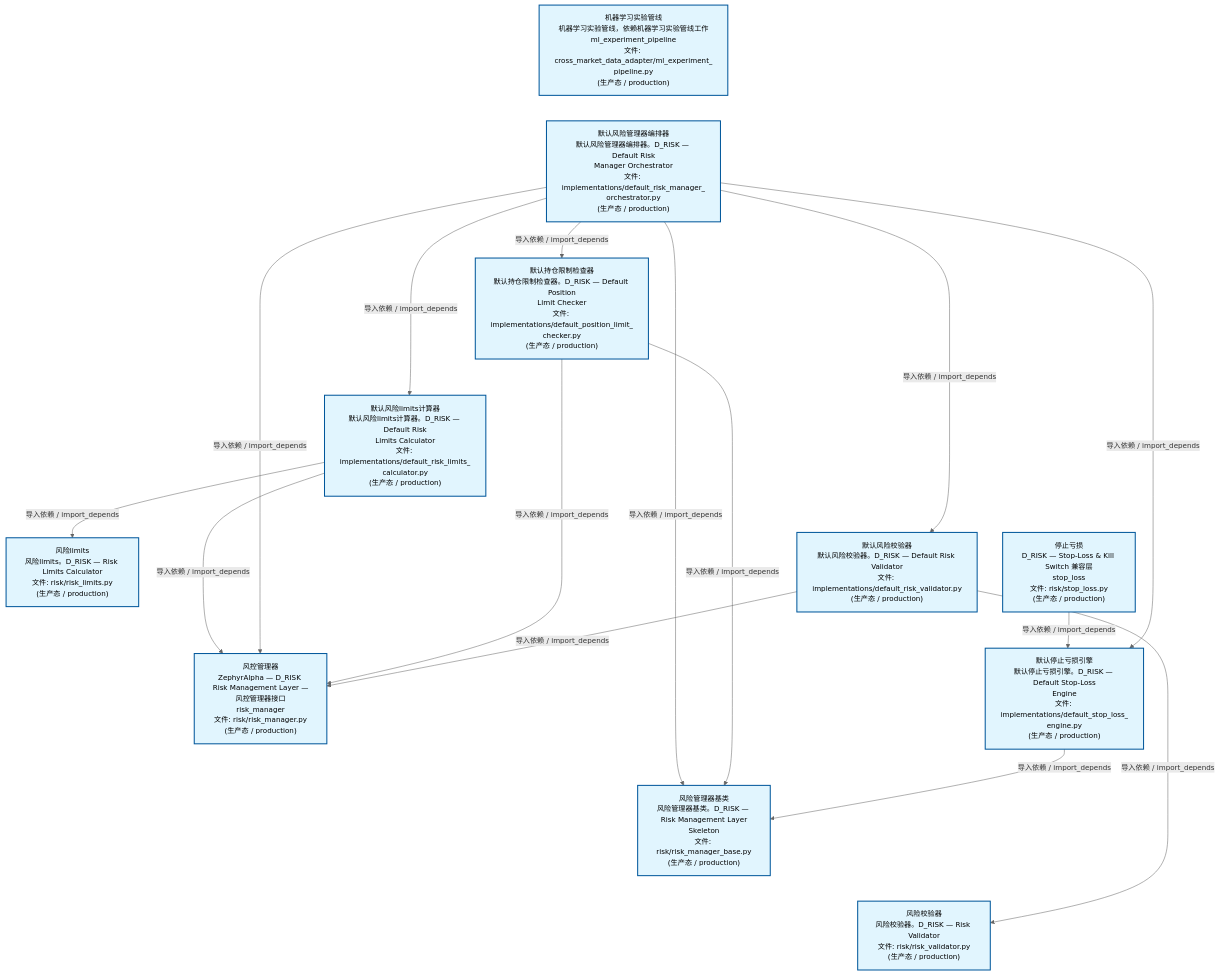
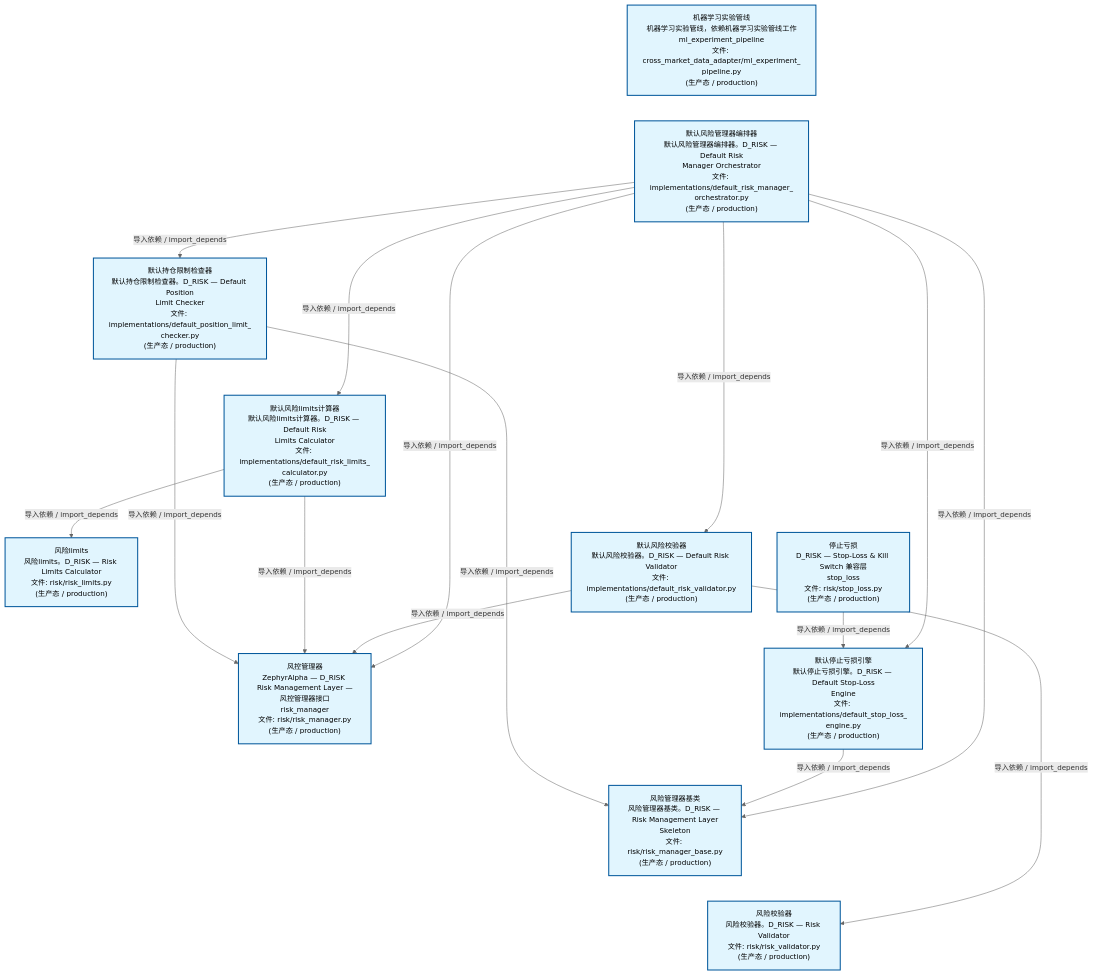
Before and after one commit to xuanFelixVan/ZephyrAlpha: the second of 4 diagrams in docs/02_enterprise_architecture/02_domain_architecture_docs/65_d_risk.md, drawn with Mermaid. The commit also changed other lines of this file and 42 other files, not shown here.

````diff
--- a/docs/02_enterprise_architecture/02_domain_architecture_docs/65_d_risk.md
+++ b/docs/02_enterprise_architecture/02_domain_architecture_docs/65_d_risk.md
@@ -136,42 +136,42 @@
 ```mermaid
 %%{init: {'theme': 'base', 'themeVariables': {'primaryColor': '#eaeaea', 'primaryTextColor': '#333333', 'primaryBorderColor': '#666666', 'lineColor': '#666666', 'secondaryColor': '#eaeaea', 'tertiaryColor': '#eaeaea', 'fontSize': '14px'}}}%%
 flowchart TD
     src_zephyr_risk_cross_asset_cross_market_data_adapter_ml_experiment_pipeline_py["机器学习实验管线<br/>机器学习实验管线，依赖机器学习实验管线工作<br/>ml_experiment_pipeline<br/>文件: cross_market_data_adapter/ml_experiment_<br/>pipeline.py<br/>(生产态 / production)"]
     src_zephyr_risk_implementations_default_risk_manager_orchestrator_py["默认风险管理器编排器<br/>默认风险管理器编排器。D_RISK — Default Risk<br/>Manager Orchestrator<br/>文件: implementations/default_risk_manager_<br/>orchestrator.py<br/>(生产态 / production)"]
     src_zephyr_risk_stop_loss_py["停止亏损<br/>D_RISK — Stop-Loss & Kill Switch 兼容层<br/>stop_loss<br/>文件: risk/stop_loss.py<br/>(生产态 / production)"]
     src_zephyr_risk_cross_asset_cross_market_data_adapter_ml_experiment_pipeline_py ~~~ src_zephyr_risk_implementations_default_risk_manager_orchestrator_py
     src_zephyr_risk_implementations_default_risk_manager_orchestrator_py ~~~ src_zephyr_risk_stop_loss_py
     src_zephyr_risk_implementations_default_position_limit_checker_py["默认持仓限制检查器<br/>默认持仓限制检查器。D_RISK — Default Position<br/>Limit Checker<br/>文件: implementations/default_position_limit_<br/>checker.py<br/>(生产态 / production)"]
     src_zephyr_risk_implementations_default_risk_limits_calculator_py["默认风险limits计算器<br/>默认风险limits计算器。D_RISK — Default Risk<br/>Limits Calculator<br/>文件: implementations/default_risk_limits_<br/>calculator.py<br/>(生产态 / production)"]
     src_zephyr_risk_implementations_default_risk_validator_py["默认风险校验器<br/>默认风险校验器。D_RISK — Default Risk Validator<br/>文件: implementations/default_risk_validator.py<br/>(生产态 / production)"]
     src_zephyr_risk_implementations_default_stop_loss_engine_py["默认停止亏损引擎<br/>默认停止亏损引擎。D_RISK — Default Stop-Loss<br/>Engine<br/>文件: implementations/default_stop_loss_<br/>engine.py<br/>(生产态 / production)"]
     src_zephyr_risk_implementations_default_position_limit_checker_py ~~~ src_zephyr_risk_implementations_default_risk_limits_calculator_py
     src_zephyr_risk_implementations_default_risk_limits_calculator_py ~~~ src_zephyr_risk_implementations_default_risk_validator_py
     src_zephyr_risk_implementations_default_risk_validator_py ~~~ src_zephyr_risk_implementations_default_stop_loss_engine_py
     src_zephyr_risk_risk_limits_py["风险limits<br/>风险limits。D_RISK — Risk Limits Calculator<br/>文件: risk/risk_limits.py<br/>(生产态 / production)"]
     src_zephyr_risk_risk_manager_py["风控管理器<br/>ZephyrAlpha — D_RISK Risk Management Layer —<br/>风控管理器接口<br/>risk_manager<br/>文件: risk/risk_manager.py<br/>(生产态 / production)"]
     src_zephyr_risk_risk_manager_base_py["风险管理器基类<br/>风险管理器基类。D_RISK — Risk Management Layer<br/>Skeleton<br/>文件: risk/risk_manager_base.py<br/>(生产态 / production)"]
     src_zephyr_risk_risk_validator_py["风险校验器<br/>风险校验器。D_RISK — Risk Validator<br/>文件: risk/risk_validator.py<br/>(生产态 / production)"]
     src_zephyr_risk_risk_limits_py ~~~ src_zephyr_risk_risk_manager_py
     src_zephyr_risk_risk_manager_py ~~~ src_zephyr_risk_risk_manager_base_py
     src_zephyr_risk_risk_manager_base_py ~~~ src_zephyr_risk_risk_validator_py
+    src_zephyr_risk_stop_loss_py -->|导入依赖 / import_depends| src_zephyr_risk_implementations_default_stop_loss_engine_py
+    src_zephyr_risk_implementations_default_position_limit_checker_py -->|导入依赖 / import_depends| src_zephyr_risk_risk_manager_py
+    src_zephyr_risk_implementations_default_position_limit_checker_py -->|导入依赖 / import_depends| src_zephyr_risk_risk_manager_base_py
+    src_zephyr_risk_implementations_default_risk_limits_calculator_py -->|导入依赖 / import_depends| src_zephyr_risk_risk_limits_py
     src_zephyr_risk_implementations_default_risk_limits_calculator_py -->|导入依赖 / import_depends| src_zephyr_risk_risk_manager_py
-    src_zephyr_risk_implementations_default_risk_limits_calculator_py -->|导入依赖 / import_depends| src_zephyr_risk_risk_limits_py
-    src_zephyr_risk_stop_loss_py -->|导入依赖 / import_depends| src_zephyr_risk_implementations_default_stop_loss_engine_py
-    src_zephyr_risk_implementations_default_risk_manager_orchestrator_py -->|导入依赖 / import_depends| src_zephyr_risk_risk_manager_base_py
-    src_zephyr_risk_implementations_default_risk_manager_orchestrator_py -->|导入依赖 / import_depends| src_zephyr_risk_risk_manager_py
-    src_zephyr_risk_implementations_default_risk_manager_orchestrator_py -->|导入依赖 / import_depends| src_zephyr_risk_implementations_default_risk_limits_calculator_py
-    src_zephyr_risk_implementations_default_risk_manager_orchestrator_py -->|导入依赖 / import_depends| src_zephyr_risk_implementations_default_position_limit_checker_py
-    src_zephyr_risk_implementations_default_risk_manager_orchestrator_py -->|导入依赖 / import_depends| src_zephyr_risk_implementations_default_stop_loss_engine_py
-    src_zephyr_risk_implementations_default_risk_manager_orchestrator_py -->|导入依赖 / import_depends| src_zephyr_risk_implementations_default_risk_validator_py
-    src_zephyr_risk_implementations_default_position_limit_checker_py -->|导入依赖 / import_depends| src_zephyr_risk_risk_manager_base_py
-    src_zephyr_risk_implementations_default_position_limit_checker_py -->|导入依赖 / import_depends| src_zephyr_risk_risk_manager_py
-    src_zephyr_risk_implementations_default_stop_loss_engine_py -->|导入依赖 / import_depends| src_zephyr_risk_risk_manager_base_py
     src_zephyr_risk_implementations_default_risk_validator_py -->|导入依赖 / import_depends| src_zephyr_risk_risk_manager_py
     src_zephyr_risk_implementations_default_risk_validator_py -->|导入依赖 / import_depends| src_zephyr_risk_risk_validator_py
+    src_zephyr_risk_implementations_default_stop_loss_engine_py -->|导入依赖 / import_depends| src_zephyr_risk_risk_manager_base_py
+    src_zephyr_risk_implementations_default_risk_manager_orchestrator_py -->|导入依赖 / import_depends| src_zephyr_risk_risk_manager_py
+    src_zephyr_risk_implementations_default_risk_manager_orchestrator_py -->|导入依赖 / import_depends| src_zephyr_risk_risk_manager_base_py
+    src_zephyr_risk_implementations_default_risk_manager_orchestrator_py -->|导入依赖 / import_depends| src_zephyr_risk_implementations_default_position_limit_checker_py
+    src_zephyr_risk_implementations_default_risk_manager_orchestrator_py -->|导入依赖 / import_depends| src_zephyr_risk_implementations_default_risk_limits_calculator_py
+    src_zephyr_risk_implementations_default_risk_manager_orchestrator_py -->|导入依赖 / import_depends| src_zephyr_risk_implementations_default_risk_validator_py
+    src_zephyr_risk_implementations_default_risk_manager_orchestrator_py -->|导入依赖 / import_depends| src_zephyr_risk_implementations_default_stop_loss_engine_py
     classDef production fill:#e1f5fe,stroke:#01579b,stroke-width:2px,color:#000
     classDef design fill:#fff3e0,stroke:#e65100,stroke-width:2px,color:#000,stroke-dasharray: 5 5
     classDef external_prod fill:#e8f4fd,stroke:#0277bd,stroke-width:1px,color:#000
     classDef external_design fill:#fff8e7,stroke:#ef6c00,stroke-width:1px,color:#000,stroke-dasharray: 5 5
     class src_zephyr_risk_cross_asset_cross_market_data_adapter_ml_experiment_pipeline_py,src_zephyr_risk_implementations_default_position_limit_checker_py,src_zephyr_risk_implementations_default_risk_limits_calculator_py,src_zephyr_risk_implementations_default_risk_manager_orchestrator_py,src_zephyr_risk_implementations_default_risk_validator_py,src_zephyr_risk_implementations_default_stop_loss_engine_py,src_zephyr_risk_risk_limits_py,src_zephyr_risk_risk_manager_py,src_zephyr_risk_risk_manager_base_py,src_zephyr_risk_risk_validator_py,src_zephyr_risk_stop_loss_py production
 ```
````
